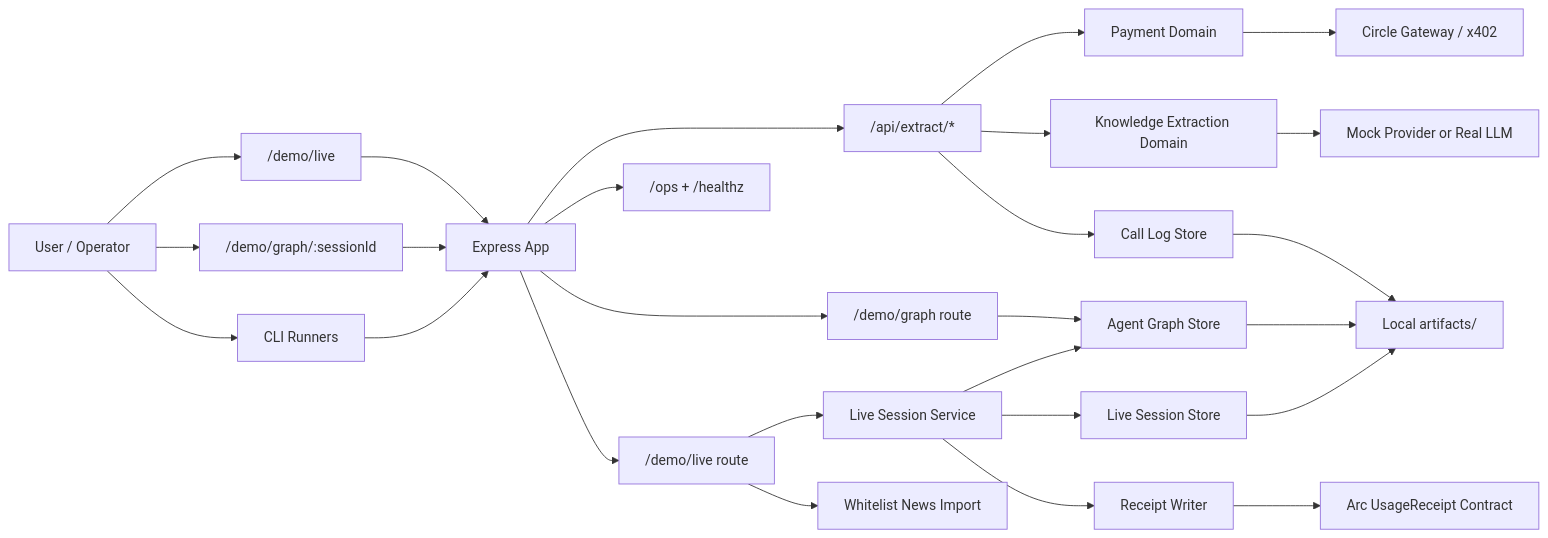
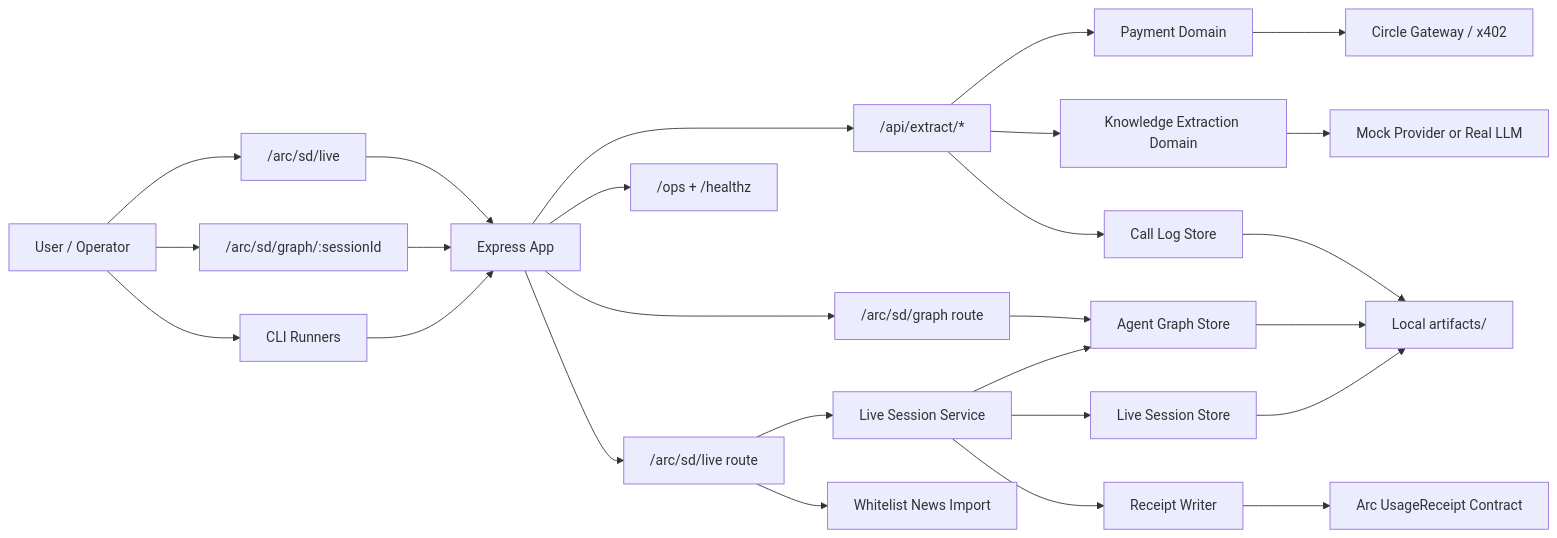
Before and after one commit to fangTiger/arc_hack: the first of 3 diagrams in docs/architecture.md, drawn with Mermaid. The commit also changed other lines of this file and 12 other files, not shown here.

First line of the commit message:
feat(app): 将路由从 /demo 重构为 /arc/sd 并优化界面样式

````diff
--- a/docs/architecture.md
+++ b/docs/architecture.md
@@ -16,32 +16,32 @@
 ```mermaid
 flowchart LR
-    User["User / Operator"] --> Live["/demo/live"]
-    User --> Graph["/demo/graph/:sessionId"]
+    User["User / Operator"] --> Live["/arc/sd/live"]
+    User --> Graph["/arc/sd/graph/:sessionId"]
     User --> CLI["CLI Runners"]
 
     Live --> App["Express App"]
     Graph --> App
     CLI --> App
 
     App --> Extract["/api/extract/*"]
-    App --> LiveRoute["/demo/live route"]
-    App --> GraphRoute["/demo/graph route"]
+    App --> LiveRoute["/arc/sd/live route"]
+    App --> GraphRoute["/arc/sd/graph route"]
     App --> Ops["/ops + /healthz"]
 
     Extract --> Payment["Payment Domain"]
     Extract --> Extraction["Knowledge Extraction Domain"]
     LiveRoute --> Session["Live Session Service"]
     LiveRoute --> Import["Whitelist News Import"]
     GraphRoute --> GraphStore["Agent Graph Store"]
     Session --> GraphStore
     Session --> LiveStore["Live Session Store"]
     Extract --> CallLog["Call Log Store"]
     Session --> Receipt["Receipt Writer"]
 
     Payment --> Gateway["Circle Gateway / x402"]
     Extraction --> LLM["Mock Provider or Real LLM"]
     Receipt --> Arc["Arc UsageReceipt Contract"]
     CallLog --> Artifacts["Local artifacts/"]
     GraphStore --> Artifacts
     LiveStore --> Artifacts
 ```
````
